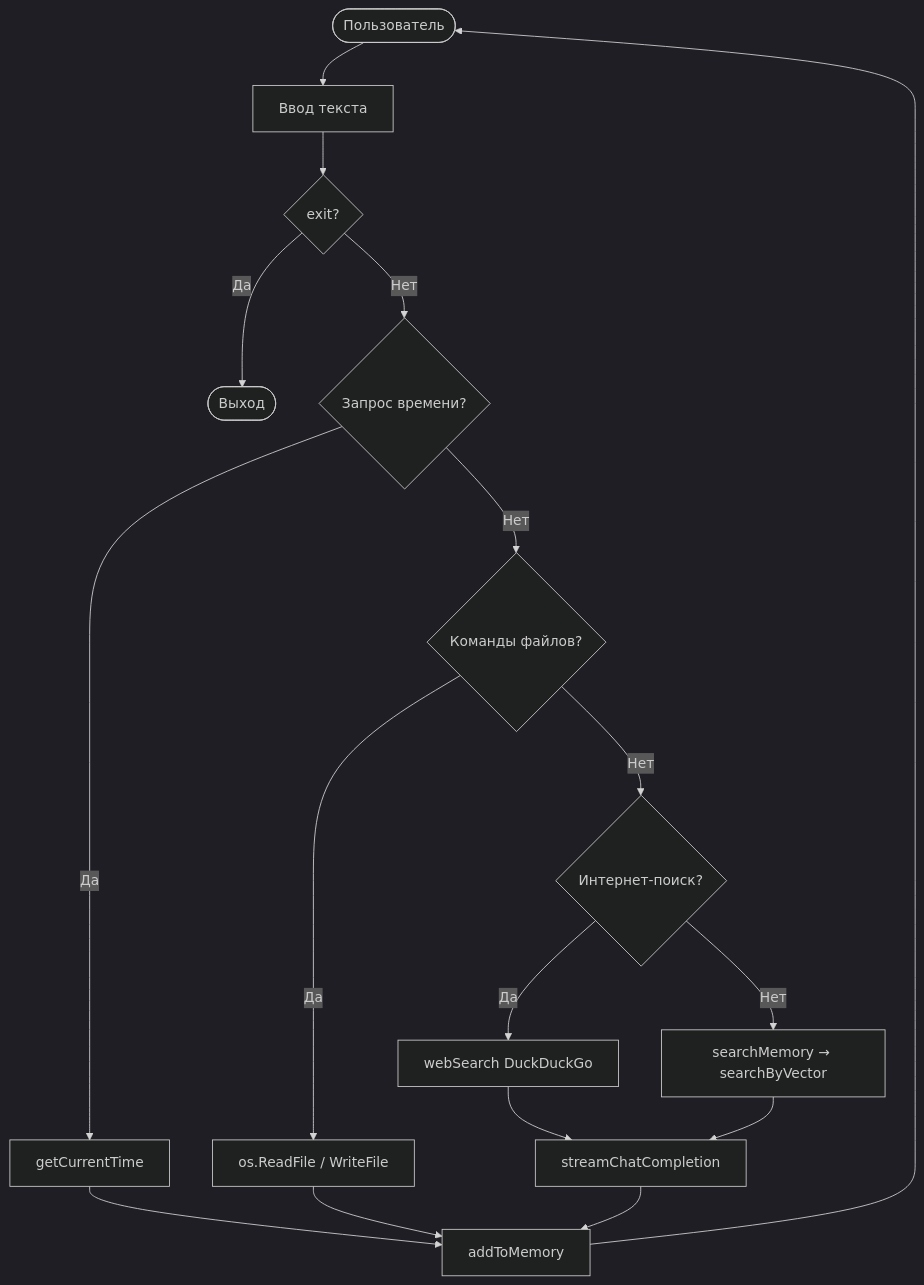
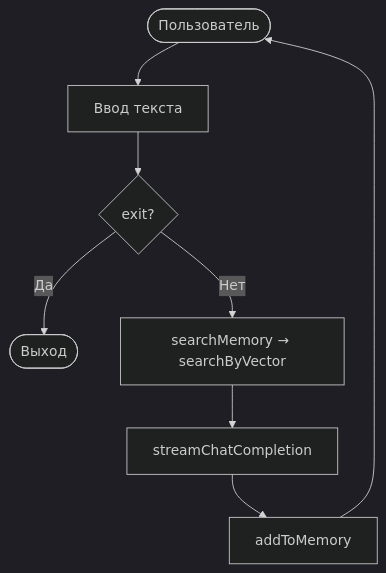
One commit to 1Maniak/nexus changed the fourth of 4 diagrams in docs/ARCHITECTURE.md. Above: the diagram before and after it, drawn with Mermaid (dark theme). The commit also changed other lines of this file and 8 other files, not shown here.

````diff
--- a/docs/ARCHITECTURE.md
+++ b/docs/ARCHITECTURE.md
@@ -65,16 +92,10 @@
 ```mermaid
 flowchart TD
     U([Пользователь]) --> IN[Ввод текста]
     IN --> EXIT{exit?}
     EXIT -- Да --> END([Выход])
-    EXIT -- Нет --> TIME{Запрос времени?}
-    TIME -- Да --> RT[getCurrentTime] --> SAVE
-    TIME -- Нет --> FILE{Команды файлов?}
-    FILE -- Да --> FOP[os.ReadFile / WriteFile] --> SAVE
-    FILE -- Нет --> SEARCH{Интернет-поиск?}
-    SEARCH -- Да --> WS[webSearch DuckDuckGo] --> LLM
-    SEARCH -- Нет --> RAG[searchMemory → searchByVector]
+    EXIT -- Нет --> RAG[searchMemory → searchByVector]
     RAG --> LLM[streamChatCompletion]
     LLM --> SAVE[addToMemory]
     SAVE --> U
 ```
````
